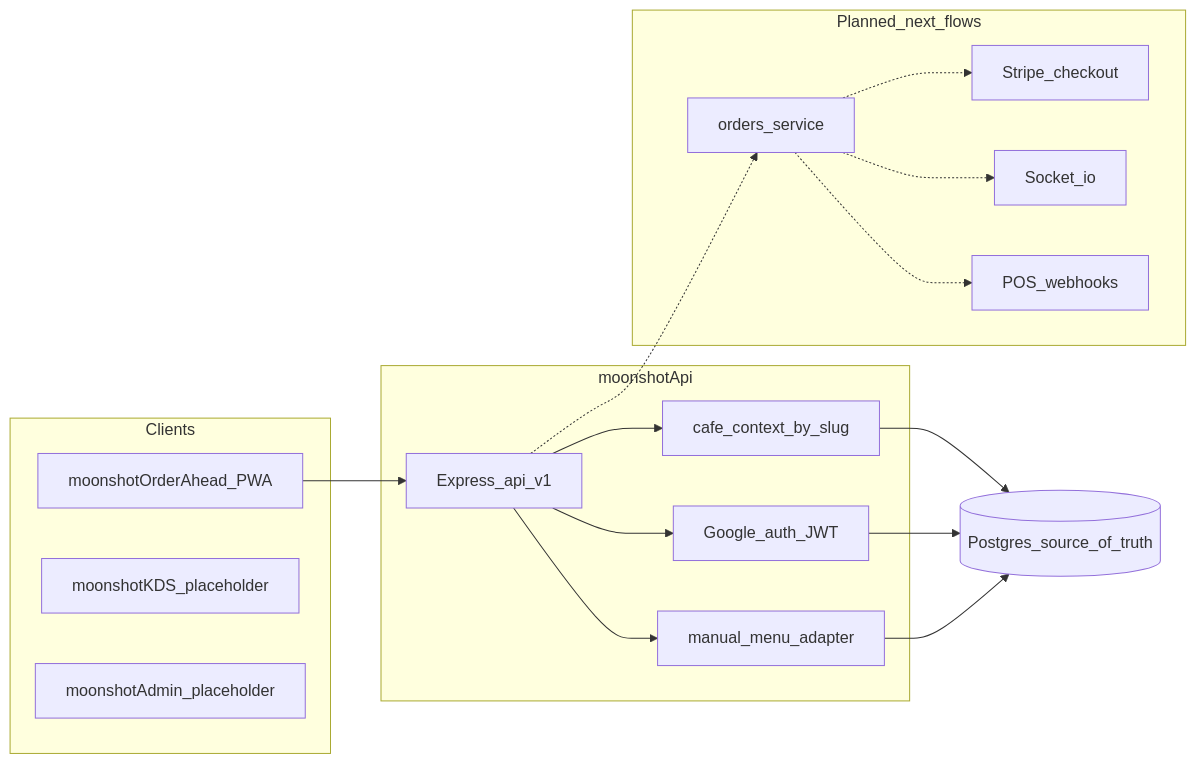
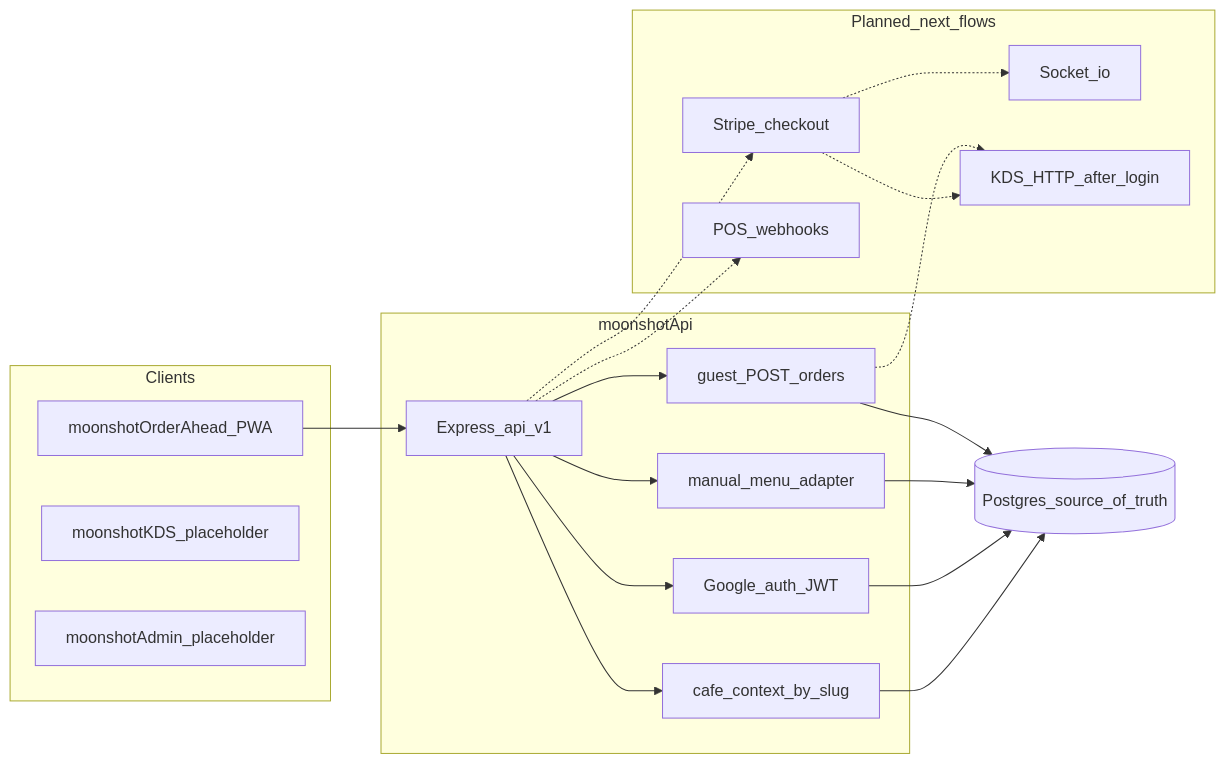
One commit to SeanIntegrator/moonshot changed the diagram in docs/dataflow-high-level.md. Above: the diagram before and after it, drawn with Mermaid. The commit also changed other lines of this file and 32 other files, not shown here.

````diff
--- a/docs/dataflow-high-level.md
+++ b/docs/dataflow-high-level.md
@@ -14,36 +14,40 @@
 ```mermaid
 flowchart LR
   subgraph clients [Clients]
     OA[moonshotOrderAhead_PWA]
     KDS[moonshotKDS_placeholder]
     Admin[moonshotAdmin_placeholder]
   end
 
   subgraph api [moonshotApi]
     Gateway[Express_api_v1]
     CafeContext[cafe_context_by_slug]
     Auth[Google_auth_JWT]
     Menu[manual_menu_adapter]
+    OrdersGuest[guest_POST_orders]
   end
 
   subgraph planned [Planned_next_flows]
-    Orders[orders_service]
     Stripe[Stripe_checkout]
     Sockets[Socket_io]
     PosWebhooks[POS_webhooks]
+    KdsHttp[KDS_HTTP_after_login]
   end
 
   DB[("Postgres_source_of_truth")]
 
   OA --> Gateway
   Gateway --> CafeContext
   Gateway --> Auth
   Gateway --> Menu
+  Gateway --> OrdersGuest
   CafeContext --> DB
   Auth --> DB
   Menu --> DB
-  Gateway -.-> Orders
-  Orders -.-> Stripe
-  Orders -.-> Sockets
-  Orders -.-> PosWebhooks
+  OrdersGuest --> DB
+  Gateway -.-> Stripe
+  Stripe -.-> Sockets
+  Stripe -.-> KdsHttp
+  OrdersGuest -.-> KdsHttp
+  Gateway -.-> PosWebhooks
 ```
````
